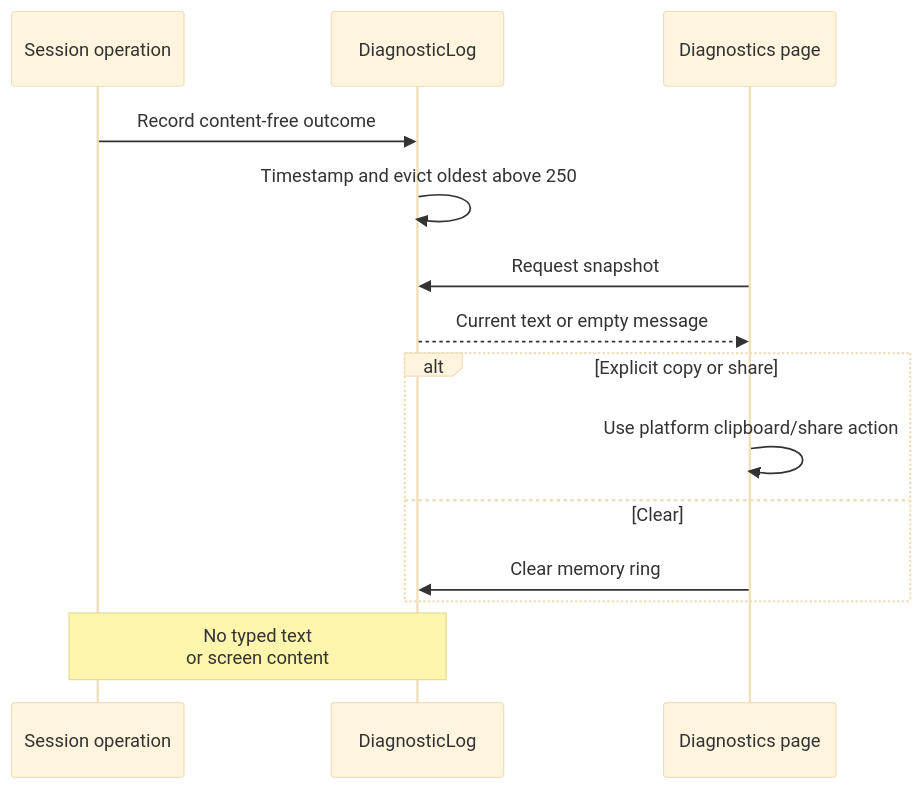
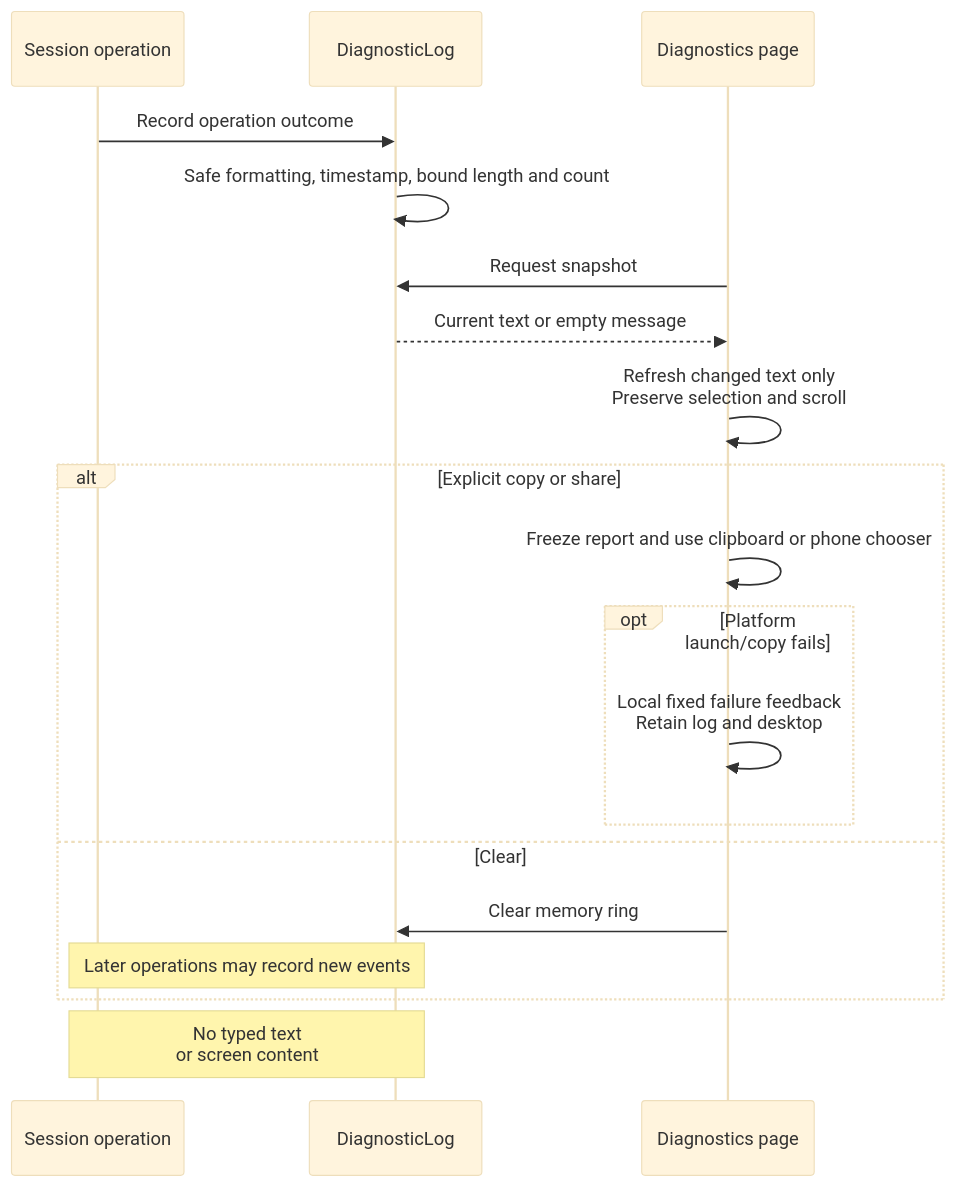
Before and after one commit to PhiLong-Ho/DexDroid: the second of 2 diagrams in docs/architecture/features/diagnostics.md, drawn with Mermaid (base theme). The commit also changed other lines of this file and 61 other files, not shown here.

````diff
--- a/docs/architecture/features/diagnostics.md
+++ b/docs/architecture/features/diagnostics.md
@@ -26,16 +37,21 @@
 ```mermaid
 sequenceDiagram
     participant S as Session operation
     participant L as DiagnosticLog
     participant UI as Diagnostics page
-    S->>L: Record content-free outcome
-    L->>L: Timestamp and evict oldest above 250
+    S->>L: Record operation outcome
+    L->>L: Safe formatting, timestamp, bound length and count
     UI->>L: Request snapshot
     L-->>UI: Current text or empty message
+    UI->>UI: Refresh changed text only<br/>Preserve selection and scroll
     alt Explicit copy or share
-        UI->>UI: Use platform clipboard/share action
+        UI->>UI: Freeze report and use clipboard or phone chooser
+        opt Platform launch/copy fails
+            UI->>UI: Local fixed failure feedback<br/>Retain log and desktop
+        end
     else Clear
         UI->>L: Clear memory ring
+        Note over S,L: Later operations may record new events
     end
     Note over S,L: No typed text<br/>or screen content
 ```
````
